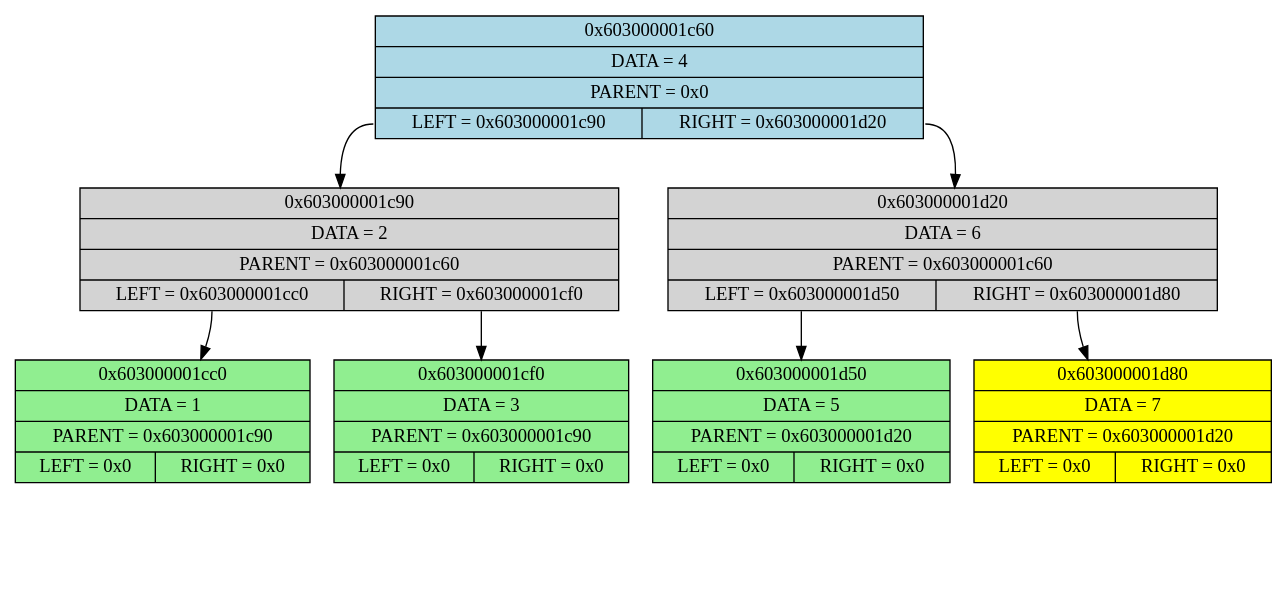
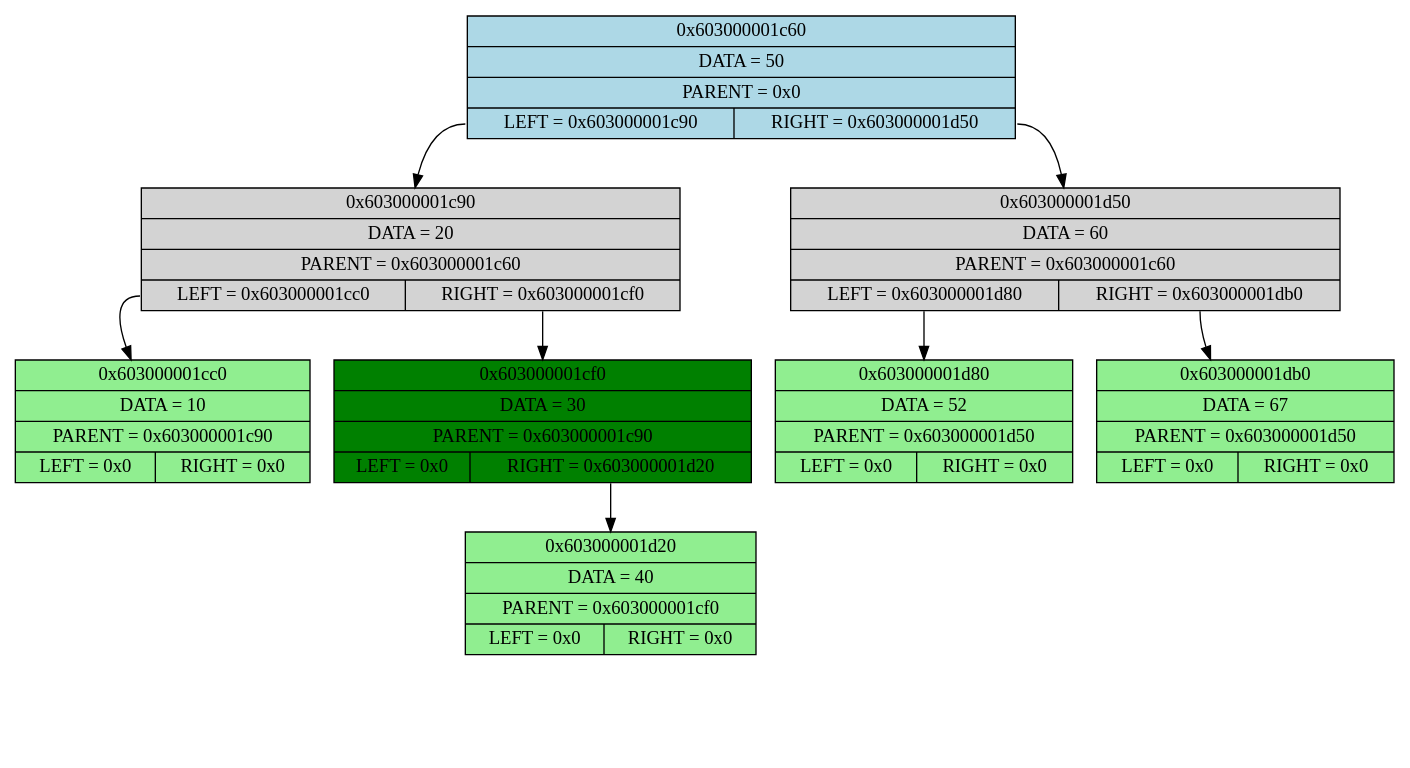
The diagram in tree.dot (Leonid256/Bin_Tree), drawn with Graphviz before and after one commit. The commit also changed 6 other files, not shown here.

```diff
--- a/tree.dot
+++ b/tree.dot
@@ -1,34 +1,38 @@
 digraph Tree
 {
 	ordering = out;
 	node [shape = record];
-	n_0x603000001c60 [style = filled, fillcolor = lightblue, label = "{ 0x603000001c60 | DATA = 4 | PARENT = 0x0 | { <l> LEFT = 0x603000001c90 | <r> RIGHT = 0x603000001d20}}"];
+	n_0x603000001c60 [style = filled, fillcolor = lightblue, label = "{ 0x603000001c60 | DATA = 50 | PARENT = 0x0 | { <l> LEFT = 0x603000001c90 | <r> RIGHT = 0x603000001d50}}"];
 	n_0x603000001c60:l -> n_0x603000001c90;
-	n_0x603000001c90 [style = filled, fillcolor = lightgrey, label = "{ 0x603000001c90 | DATA = 2 | PARENT = 0x603000001c60 | { <l> LEFT = 0x603000001cc0 | <r> RIGHT = 0x603000001cf0}}"];
+	n_0x603000001c90 [style = filled, fillcolor = lightgrey, label = "{ 0x603000001c90 | DATA = 20 | PARENT = 0x603000001c60 | { <l> LEFT = 0x603000001cc0 | <r> RIGHT = 0x603000001cf0}}"];
 	n_0x603000001c90:l -> n_0x603000001cc0;
-	n_0x603000001cc0 [style = filled, fillcolor = lightgreen, label = "{ 0x603000001cc0 | DATA = 1 | PARENT = 0x603000001c90 | { <l> LEFT = 0x0 | <r> RIGHT = 0x0}}"];
+	n_0x603000001cc0 [style = filled, fillcolor = lightgreen, label = "{ 0x603000001cc0 | DATA = 10 | PARENT = 0x603000001c90 | { <l> LEFT = 0x0 | <r> RIGHT = 0x0}}"];
 	nl_0x603000001cc0 [style = invis, label = "", width = 0];
 	n_0x603000001cc0:l -> nl_0x603000001cc0 [style = invis];
 	nr_0x603000001cc0 [style = invis, label = "", width = 0];
 	n_0x603000001cc0:r -> nr_0x603000001cc0 [style = invis];
 	n_0x603000001c90:r -> n_0x603000001cf0;
-	n_0x603000001cf0 [style = filled, fillcolor = lightgreen, label = "{ 0x603000001cf0 | DATA = 3 | PARENT = 0x603000001c90 | { <l> LEFT = 0x0 | <r> RIGHT = 0x0}}"];
+	n_0x603000001cf0 [style = filled, fillcolor = green, label = "{ 0x603000001cf0 | DATA = 30 | PARENT = 0x603000001c90 | { <l> LEFT = 0x0 | <r> RIGHT = 0x603000001d20}}"];
 	nl_0x603000001cf0 [style = invis, label = "", width = 0];
 	n_0x603000001cf0:l -> nl_0x603000001cf0 [style = invis];
-	nr_0x603000001cf0 [style = invis, label = "", width = 0];
-	n_0x603000001cf0:r -> nr_0x603000001cf0 [style = invis];
-	n_0x603000001c60:r -> n_0x603000001d20;
-	n_0x603000001d20 [style = filled, fillcolor = lightgrey, label = "{ 0x603000001d20 | DATA = 6 | PARENT = 0x603000001c60 | { <l> LEFT = 0x603000001d50 | <r> RIGHT = 0x603000001d80}}"];
-	n_0x603000001d20:l -> n_0x603000001d50;
-	n_0x603000001d50 [style = filled, fillcolor = lightgreen, label = "{ 0x603000001d50 | DATA = 5 | PARENT = 0x603000001d20 | { <l> LEFT = 0x0 | <r> RIGHT = 0x0}}"];
-	nl_0x603000001d50 [style = invis, label = "", width = 0];
-	n_0x603000001d50:l -> nl_0x603000001d50 [style = invis];
-	nr_0x603000001d50 [style = invis, label = "", width = 0];
-	n_0x603000001d50:r -> nr_0x603000001d50 [style = invis];
-	n_0x603000001d20:r -> n_0x603000001d80;
-	n_0x603000001d80 [style = filled, fillcolor = yellow, label = "{ 0x603000001d80 | DATA = 7 | PARENT = 0x603000001d20 | { <l> LEFT = 0x0 | <r> RIGHT = 0x0}}"];
+	n_0x603000001cf0:r -> n_0x603000001d20;
+	n_0x603000001d20 [style = filled, fillcolor = lightgreen, label = "{ 0x603000001d20 | DATA = 40 | PARENT = 0x603000001cf0 | { <l> LEFT = 0x0 | <r> RIGHT = 0x0}}"];
+	nl_0x603000001d20 [style = invis, label = "", width = 0];
+	n_0x603000001d20:l -> nl_0x603000001d20 [style = invis];
+	nr_0x603000001d20 [style = invis, label = "", width = 0];
+	n_0x603000001d20:r -> nr_0x603000001d20 [style = invis];
+	n_0x603000001c60:r -> n_0x603000001d50;
+	n_0x603000001d50 [style = filled, fillcolor = lightgrey, label = "{ 0x603000001d50 | DATA = 60 | PARENT = 0x603000001c60 | { <l> LEFT = 0x603000001d80 | <r> RIGHT = 0x603000001db0}}"];
+	n_0x603000001d50:l -> n_0x603000001d80;
+	n_0x603000001d80 [style = filled, fillcolor = lightgreen, label = "{ 0x603000001d80 | DATA = 52 | PARENT = 0x603000001d50 | { <l> LEFT = 0x0 | <r> RIGHT = 0x0}}"];
 	nl_0x603000001d80 [style = invis, label = "", width = 0];
 	n_0x603000001d80:l -> nl_0x603000001d80 [style = invis];
 	nr_0x603000001d80 [style = invis, label = "", width = 0];
 	n_0x603000001d80:r -> nr_0x603000001d80 [style = invis];
+	n_0x603000001d50:r -> n_0x603000001db0;
+	n_0x603000001db0 [style = filled, fillcolor = lightgreen, label = "{ 0x603000001db0 | DATA = 67 | PARENT = 0x603000001d50 | { <l> LEFT = 0x0 | <r> RIGHT = 0x0}}"];
+	nl_0x603000001db0 [style = invis, label = "", width = 0];
+	n_0x603000001db0:l -> nl_0x603000001db0 [style = invis];
+	nr_0x603000001db0 [style = invis, label = "", width = 0];
+	n_0x603000001db0:r -> nr_0x603000001db0 [style = invis];
 }
```
